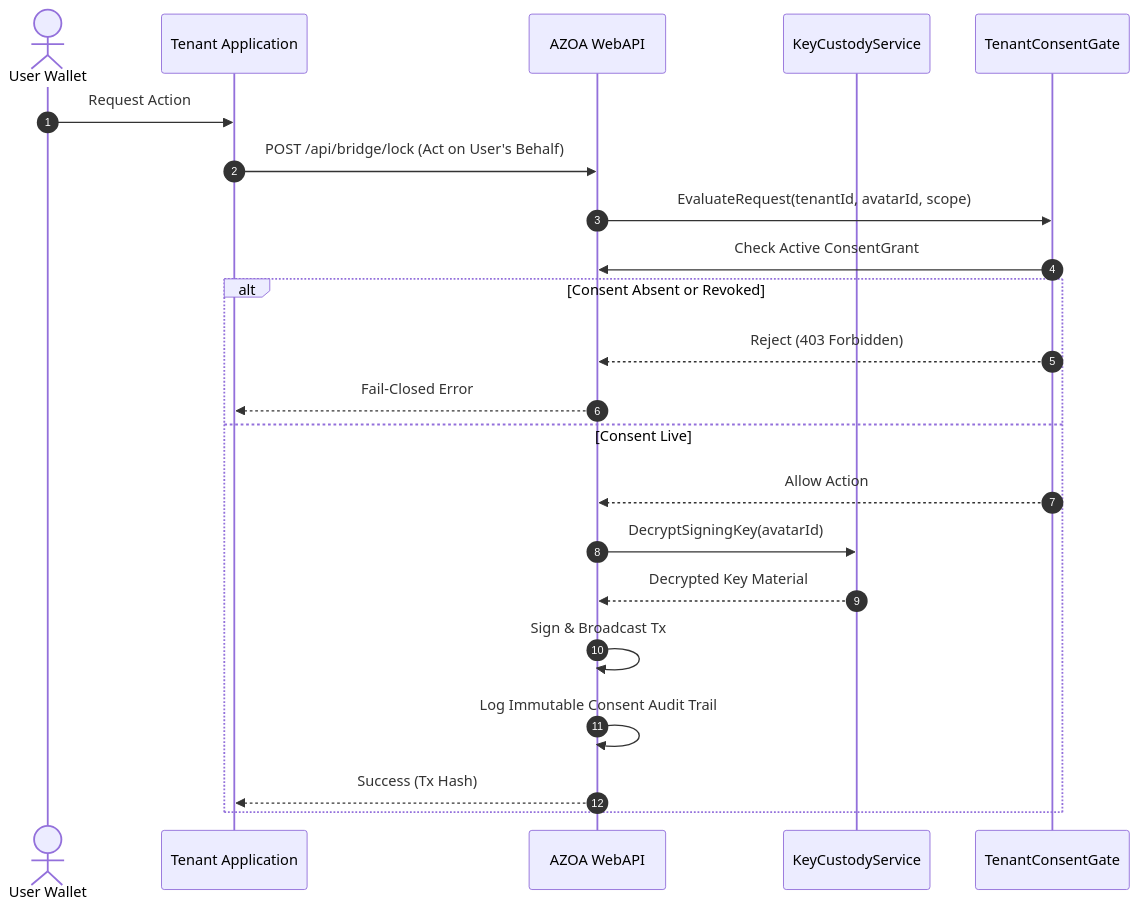
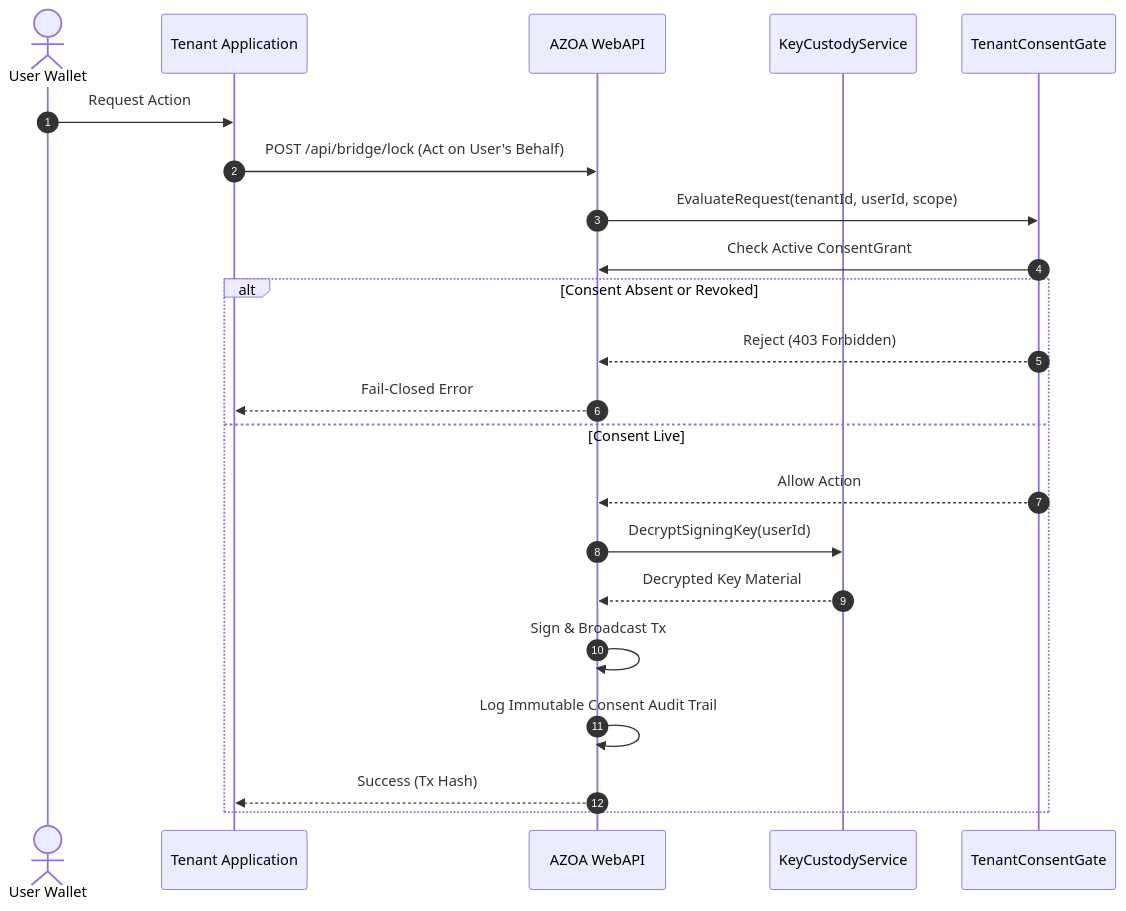
Before and after one commit to JadeZaher/azoa-autonomous-zones-of-action: the second of 5 diagrams in docs/DEV-DOCS.md, drawn with Mermaid. The commit also changed other lines of this file and 1347 other files, not shown here.

````diff
--- a/docs/DEV-DOCS.md
+++ b/docs/DEV-DOCS.md
@@ -75,25 +75,25 @@
 ```mermaid
 sequenceDiagram
     autonumber
     actor User as User Wallet
     participant Tenant as Tenant Application
     participant API as AZOA WebAPI
     participant Custody as KeyCustodyService
     participant Gate as TenantConsentGate
 
     User->>Tenant: Request Action
     Tenant->>API: POST /api/bridge/lock (Act on User's Behalf)
-    API->>Gate: EvaluateRequest(tenantId, avatarId, scope)
+    API->>Gate: EvaluateRequest(tenantId, userId, scope)
     Gate->>API: Check Active ConsentGrant
     alt Consent Absent or Revoked
         Gate-->>API: Reject (403 Forbidden)
         API-->>Tenant: Fail-Closed Error
     else Consent Live
         Gate-->>API: Allow Action
-        API->>Custody: DecryptSigningKey(avatarId)
+        API->>Custody: DecryptSigningKey(userId)
         Custody-->>API: Decrypted Key Material
         API->>API: Sign & Broadcast Tx
         API->>API: Log Immutable Consent Audit Trail
         API-->>Tenant: Success (Tx Hash)
     end
 ```
````
